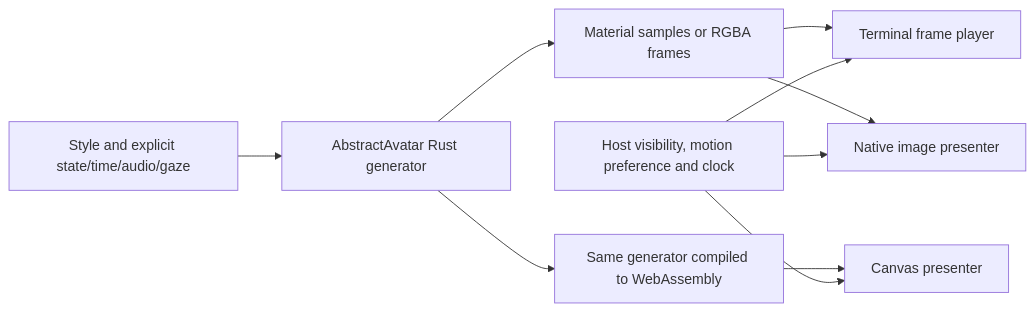
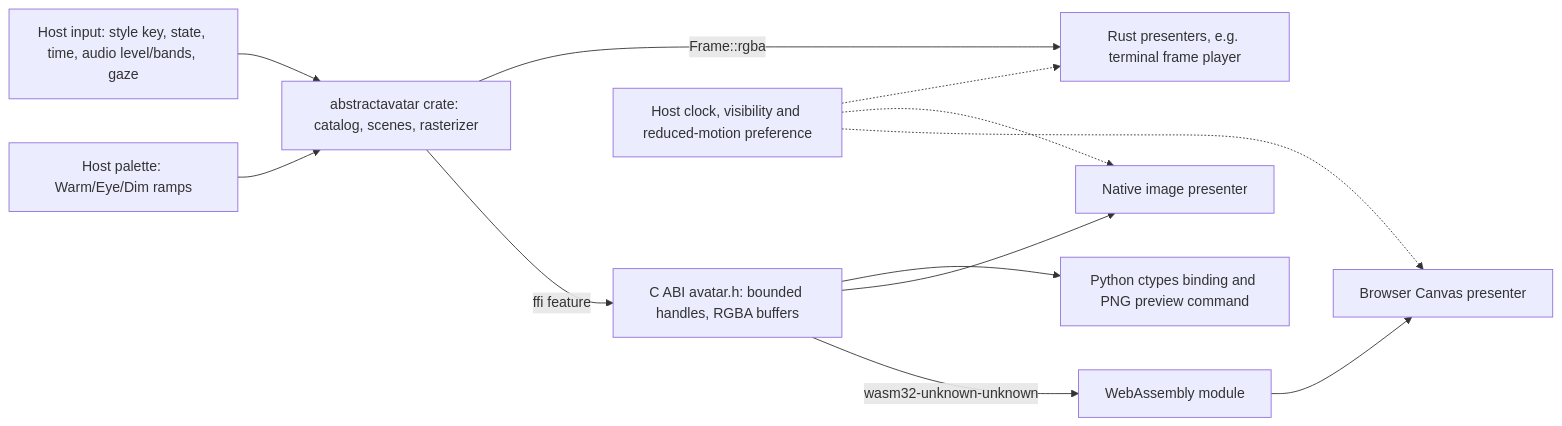
The diagram in docs/architecture.md (lpalbou/AbstractAvatar), drawn with Mermaid before and after one commit. The commit also changed 7 other files, not shown here.

Commit message:
Release abstractavatar 0.1.0: crate metadata, changelog and Rust install docs

````diff
--- a/docs/architecture.md
+++ b/docs/architecture.md
@@ -6,12 +6,14 @@
 ```mermaid
 flowchart LR
-    I[Style and explicit state/time/audio/gaze] --> G[AbstractAvatar Rust generator]
-    G --> R[Material samples or RGBA frames]
-    G --> W[Same generator compiled to WebAssembly]
-    R --> T[Terminal frame player]
-    R --> N[Native image presenter]
-    W --> C[Canvas presenter]
-    H[Host visibility, motion preference and clock] --> T
-    H --> N
-    H --> C
+    I[Host input: style key, state, time, audio level/bands, gaze] --> G[abstractavatar crate: catalog, scenes, rasterizer]
+    P[Host palette: Warm/Eye/Dim ramps] --> G
+    G -->|Frame::rgba| RS[Rust presenters, e.g. terminal frame player]
+    G -->|ffi feature| A[C ABI avatar.h: bounded handles, RGBA buffers]
+    A --> PY[Python ctypes binding and PNG preview command]
+    A --> N[Native image presenter]
+    A -->|wasm32-unknown-unknown| W[WebAssembly module]
+    W --> C[Browser Canvas presenter]
+    H[Host clock, visibility and reduced-motion preference] -.-> RS
+    H -.-> N
+    H -.-> C
 ```
````
